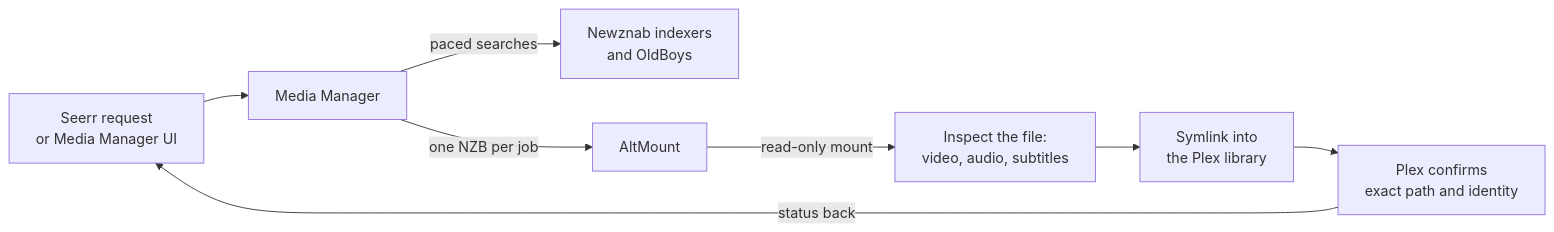
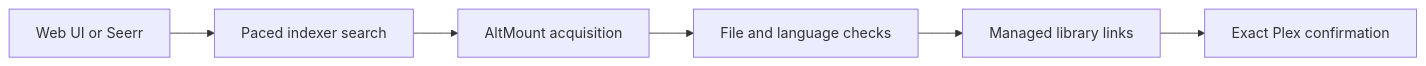
One commit to Media-manager52/Media-manager changed the diagram in README.md. Above: the diagram before and after it, drawn with Mermaid. The commit also changed other lines of this file and 16 other files, not shown here.

````diff
--- a/README.md
+++ b/README.md
@@ -41,10 +68,8 @@
 ```mermaid
 flowchart LR
-    seerr["Seerr request<br/>or Media Manager UI"] --> mm["Media Manager"]
-    mm -- "paced searches" --> idx["Newznab indexers<br/>and OldBoys"]
-    mm -- "one NZB per job" --> alt["AltMount"]
-    alt -- "read-only mount" --> check["Inspect the file:<br/>video, audio, subtitles"]
-    check --> lib["Symlink into<br/>the Plex library"]
-    lib --> plex["Plex confirms<br/>exact path and identity"]
-    plex -- "status back" --> seerr
+    request["Web UI or Seerr"] --> search["Paced indexer search"]
+    search --> acquire["AltMount acquisition"]
+    acquire --> verify["File and language checks"]
+    verify --> publish["Managed library links"]
+    publish --> confirm["Exact Plex confirmation"]
 ```
````
